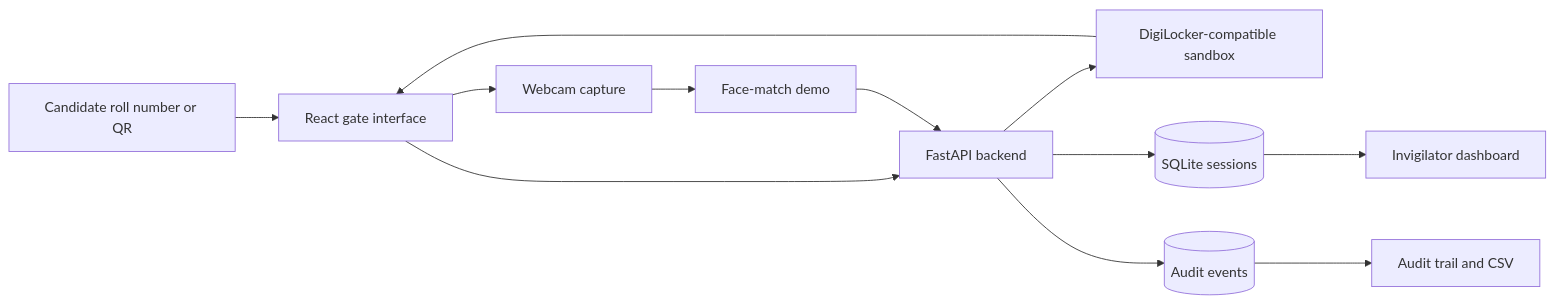
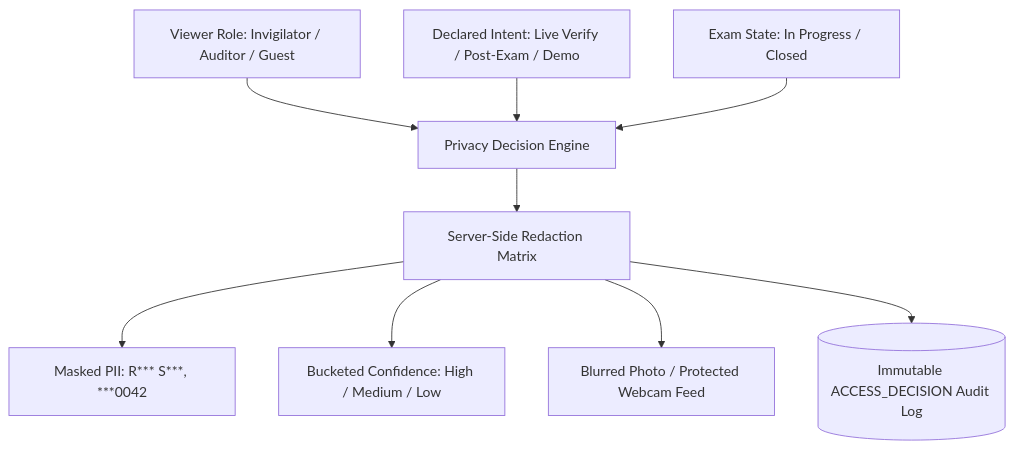
Before and after one commit to HSR999/EXAM_VERIFY: the diagram in README.md, drawn with Mermaid. The commit also changed other lines of this file and 22 other files, not shown here.

````diff
--- a/README.md
+++ b/README.md
@@ -97,14 +22,11 @@
 ```mermaid
-flowchart LR
-  A[Candidate roll number or QR] --> B[React gate interface]
-  B --> C[FastAPI backend]
-  C --> D[DigiLocker-compatible sandbox]
-  D --> B
-  B --> E[Webcam capture]
-  E --> F[Face-match demo]
-  F --> C
-  C --> G[(SQLite sessions)]
-  C --> H[(Audit events)]
-  G --> I[Invigilator dashboard]
-  H --> J[Audit trail and CSV]
+flowchart TD
+    A[Viewer Role: Invigilator / Auditor / Guest] --> D[Privacy Decision Engine]
+    B[Declared Intent: Live Verify / Post-Exam / Demo] --> D
+    C[Exam State: In Progress / Closed] --> D
+    D --> E[Server-Side Redaction Matrix]
+    E --> F[Masked PII: R*** S***, ***0042]
+    E --> G[Bucketed Confidence: High / Medium / Low]
+    E --> H[Blurred Photo / Protected Webcam Feed]
+    E --> I[(Immutable ACCESS_DECISION Audit Log)]
 ```
````
